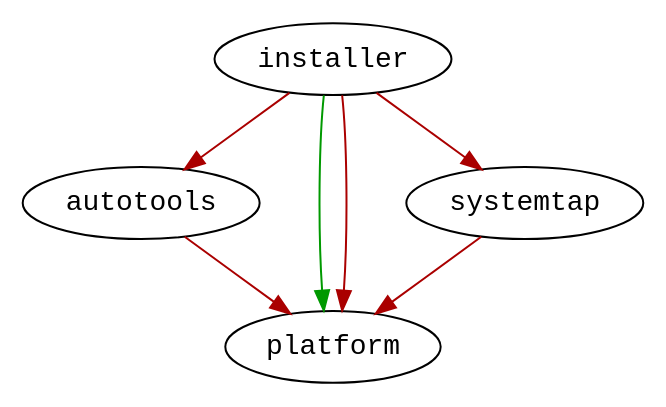
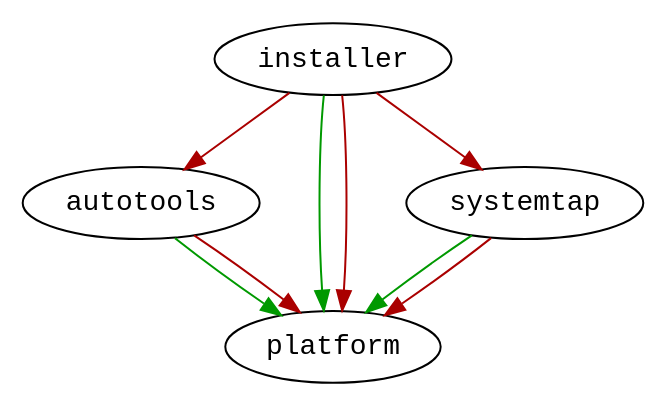
One commit to fedora-modularity/dependency-report changed the diagram in img/module-deps.dot. Above: the diagram before and after it, drawn with Graphviz. The commit also changed 653 other files, not shown here.

```diff
--- a/img/module-deps.dot
+++ b/img/module-deps.dot
@@ -1,9 +1,11 @@
 digraph G {
   node [fontname=monospace];
+  "autotools" -> "platform" [color="#009900"];
   "autotools" -> "platform" [color="#aa0000"];
   "installer" -> "platform" [color="#009900"];
   "installer" -> "platform" [color="#aa0000"];
   "installer" -> "systemtap" [color="#aa0000"];
   "installer" -> "autotools" [color="#aa0000"];
+  "systemtap" -> "platform" [color="#009900"];
   "systemtap" -> "platform" [color="#aa0000"];
 }
```
